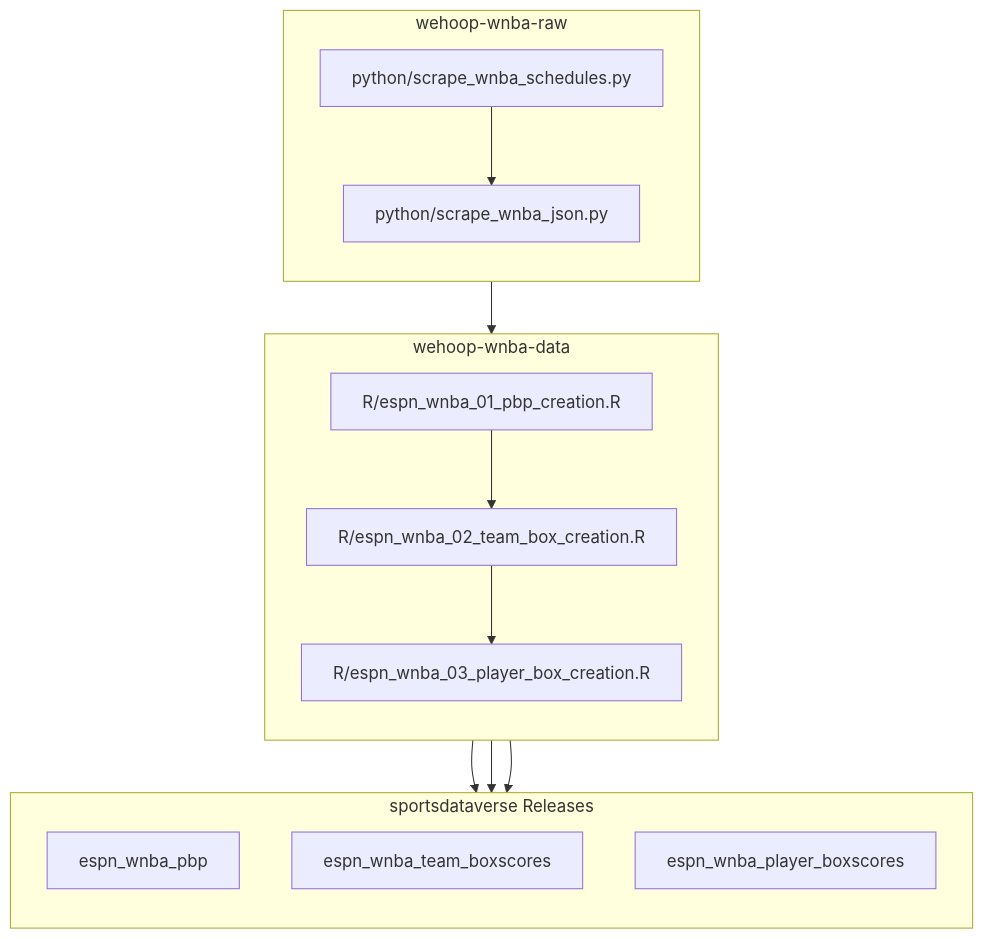
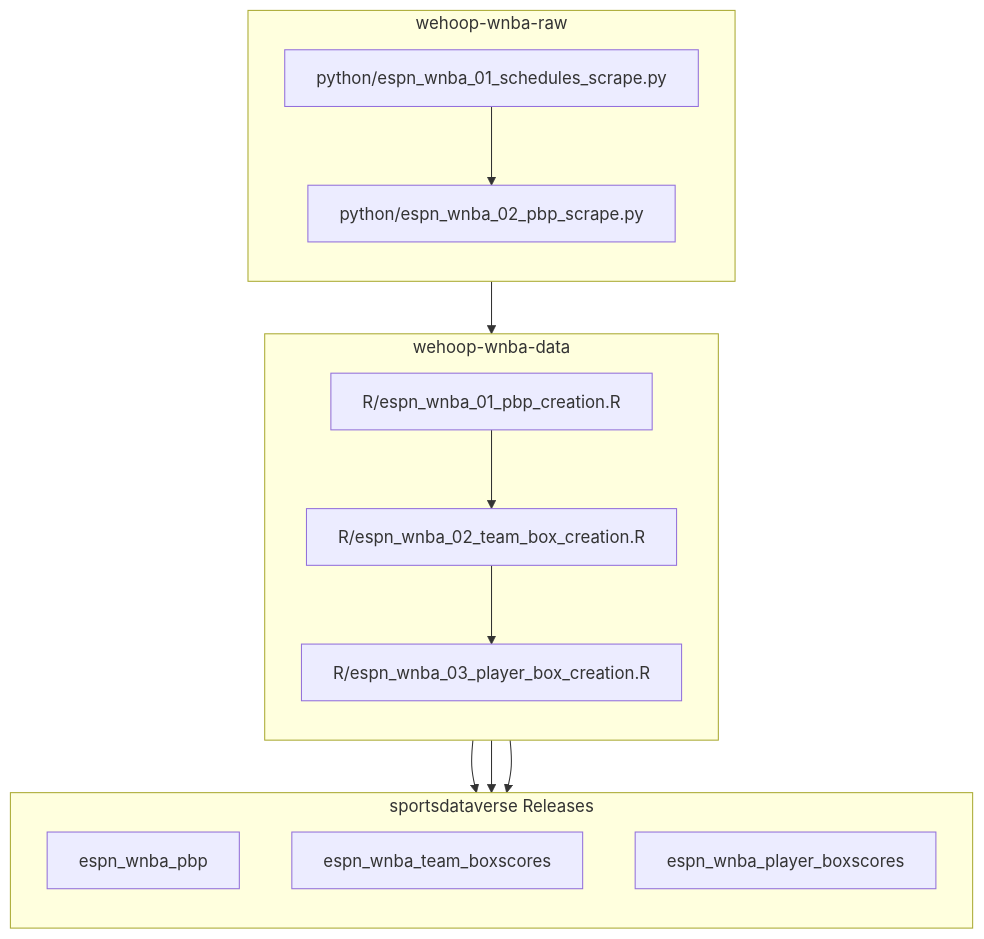
Before and after one commit to sportsdataverse/wehoop-wnba-raw: the second of 2 diagrams in README.md, drawn with Mermaid. The commit also changed 15 other files, not shown here.

First line of the commit message:
refactor(pipeline): canonical stage-numbered renames (espn_wnba_NN_*)

````diff
--- a/README.md
+++ b/README.md
@@ -14,26 +14,26 @@
 ```mermaid
 flowchart TB;
     subgraph A[wehoop-wnba-raw];
         direction TB;
-        A1[python/scrape_wnba_schedules.py]-->A2[python/scrape_wnba_json.py];
+        A1[python/espn_wnba_01_schedules_scrape.py]-->A2[python/espn_wnba_02_pbp_scrape.py];
     end;
 
     subgraph B[wehoop-wnba-data];
         direction TB;
         B1[R/espn_wnba_01_pbp_creation.R]-->B2[R/espn_wnba_02_team_box_creation.R];
         B2[R/espn_wnba_02_team_box_creation.R]-->B3[R/espn_wnba_03_player_box_creation.R];
     end;
 
     subgraph C[sportsdataverse Releases];
         direction TB;
         C1[espn_wnba_pbp];
         C2[espn_wnba_team_boxscores];
         C3[espn_wnba_player_boxscores];
     end;
 
     A-->B;
     B-->C1;
     B-->C2;
     B-->C3;
 
 ```
````
